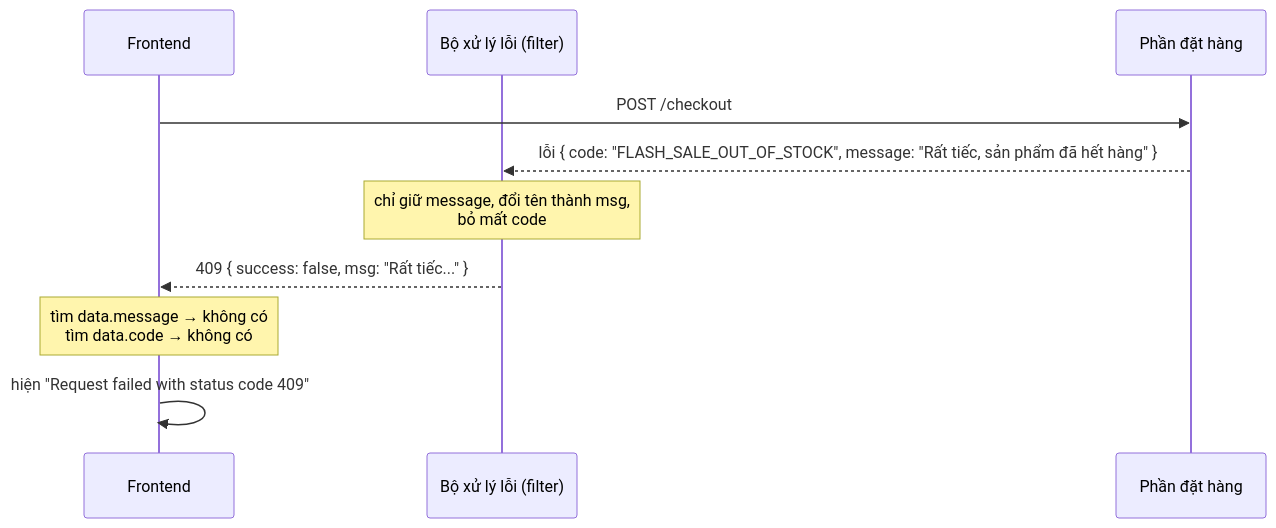
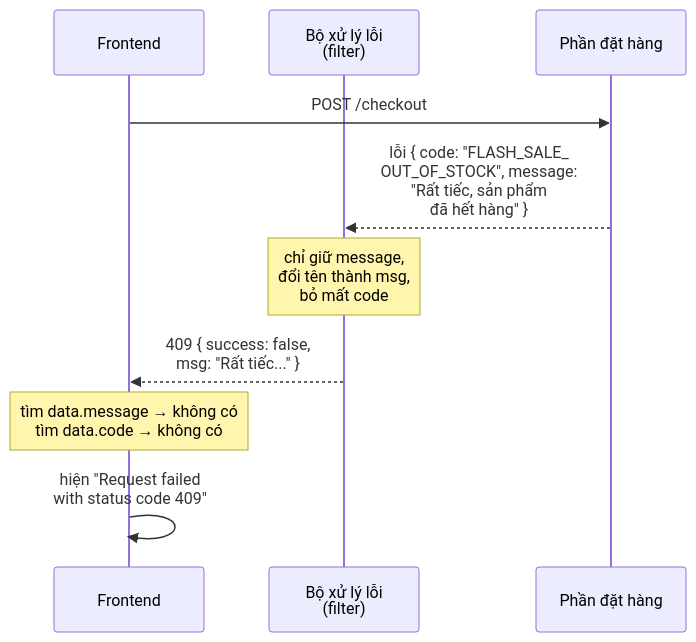
The second of 2 diagrams in content/posts/2026-11-18-api-foundations.md (duongbui234/software-engineering-atlas), drawn with Mermaid before and after one commit. The commit also changed 18 other files, not shown here.

First line of the commit message:
MQ-03 exchange-type comparison, and readable Mermaid diagrams (#6)

````diff
--- a/content/posts/2026-11-18-api-foundations.md
+++ b/content/posts/2026-11-18-api-foundations.md
@@ -269,12 +269,12 @@
 ```mermaid
 sequenceDiagram
     participant FE as Frontend
-    participant F as Bộ xử lý lỗi (filter)
+    participant F as Bộ xử lý lỗi<br/>(filter)
     participant S as Phần đặt hàng
     FE->>S: POST /checkout
-    S-->>F: lỗi { code: "FLASH_SALE_OUT_OF_STOCK", message: "Rất tiếc, sản phẩm đã hết hàng" }
-    Note over F: chỉ giữ message, đổi tên thành msg,<br/>bỏ mất code
-    F-->>FE: 409 { success: false, msg: "Rất tiếc..." }
+    S-->>F: lỗi { code: "FLASH_SALE_<br/>OUT_OF_STOCK", message:<br/>"Rất tiếc, sản phẩm<br/>đã hết hàng" }
+    Note over F: chỉ giữ message,<br/>đổi tên thành msg,<br/>bỏ mất code
+    F-->>FE: 409 { success: false,<br/>msg: "Rất tiếc..." }
     Note over FE: tìm data.message → không có<br/>tìm data.code → không có
-    FE->>FE: hiện "Request failed with status code 409"
+    FE->>FE: hiện "Request failed<br/>with status code 409"
 ```
````
